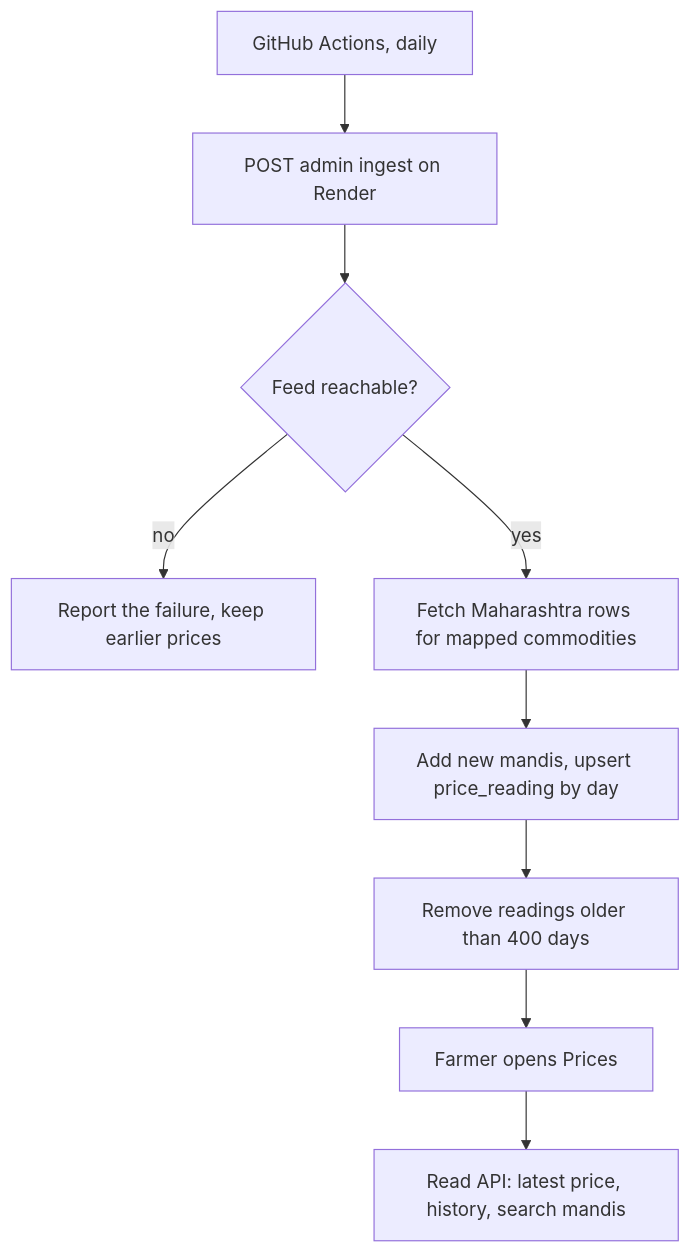
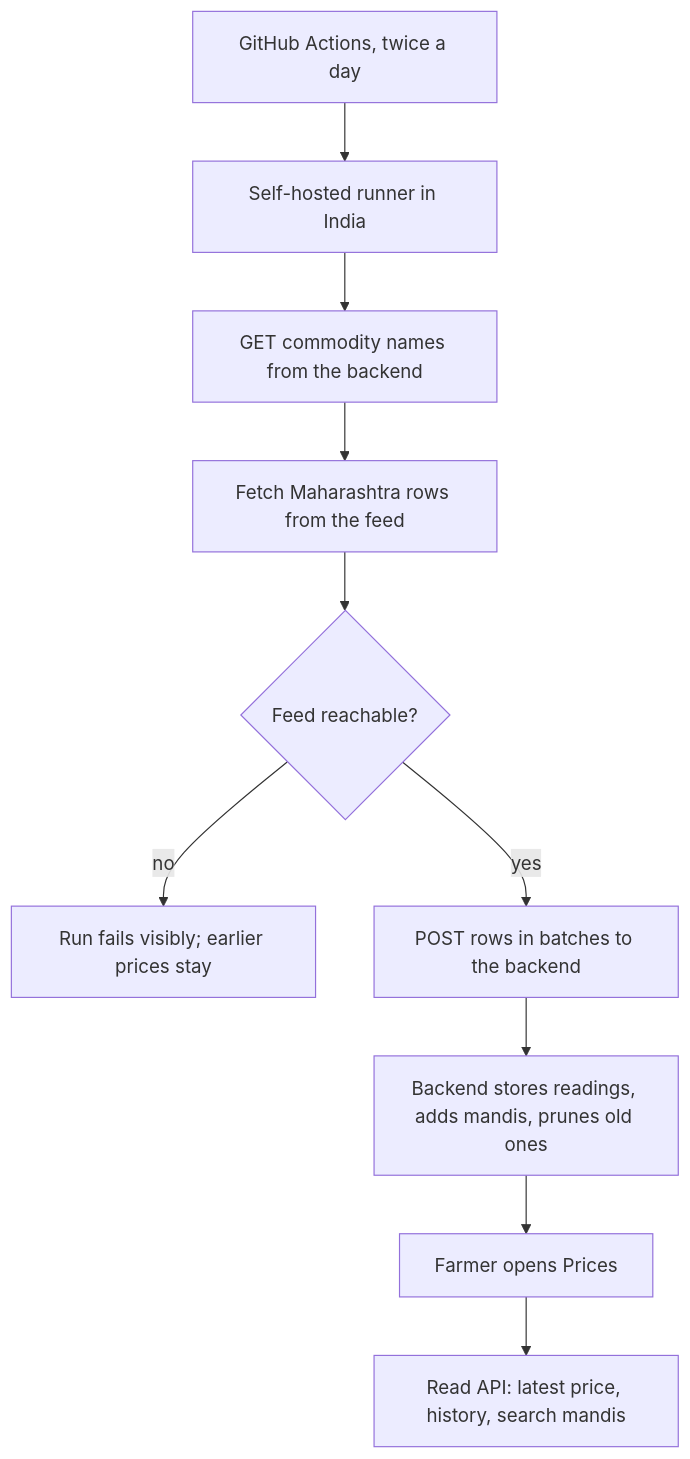
Before and after one commit to ramjawade/my-farm: the diagram in openspec/changes/market-price-data/proposal.md, drawn with Mermaid. The commit also changed other lines of this file and 3 other files, not shown here.

First line of the commit message:
Revise market-price-data: fetch from India, push rows to the backend

````diff
--- a/openspec/changes/market-price-data/proposal.md
+++ b/openspec/changes/market-price-data/proposal.md
@@ -43,11 +45,12 @@
 ```mermaid
 flowchart TD
-  A[GitHub Actions, daily] --> B[POST admin ingest on Render]
-  B --> C{Feed reachable?}
-  C -- no --> D[Report the failure, keep earlier prices]
-  C -- yes --> E[Fetch Maharashtra rows for mapped commodities]
-  E --> F[Add new mandis, upsert price_reading by day]
-  F --> G[Remove readings older than 400 days]
-  G --> H[Farmer opens Prices]
-  H --> I[Read API: latest price, history, search mandis]
+  A[GitHub Actions, twice a day] --> B[Self-hosted runner in India]
+  B --> C[GET commodity names from the backend]
+  C --> D[Fetch Maharashtra rows from the feed]
+  D --> E{Feed reachable?}
+  E -- no --> F[Run fails visibly; earlier prices stay]
+  E -- yes --> G[POST rows in batches to the backend]
+  G --> H[Backend stores readings, adds mandis, prunes old ones]
+  H --> I[Farmer opens Prices]
+  I --> J[Read API: latest price, history, search mandis]
 ```
````
